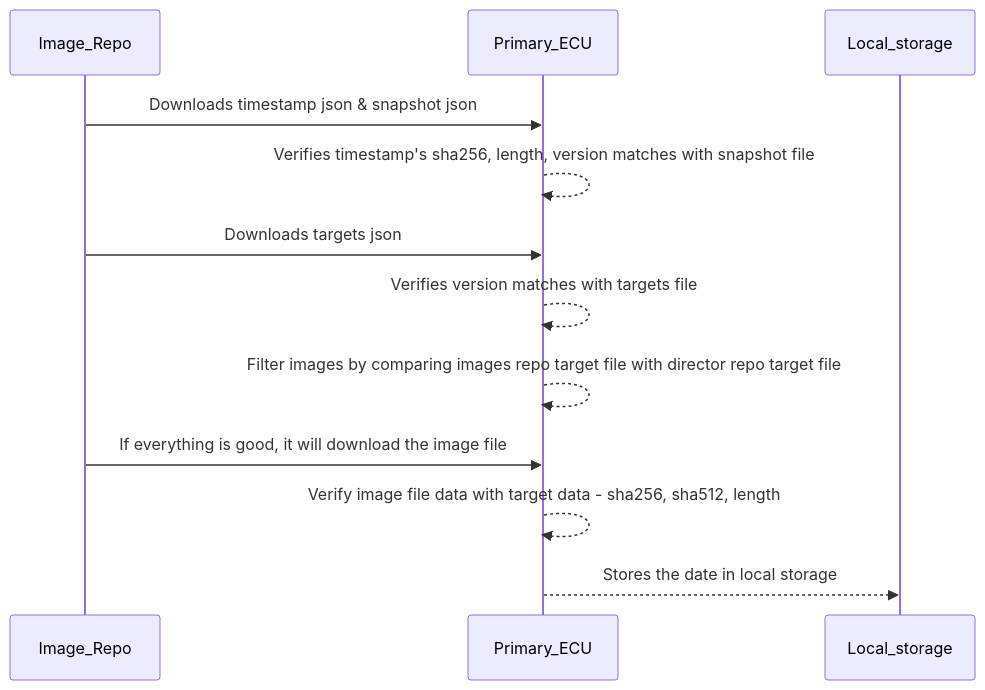
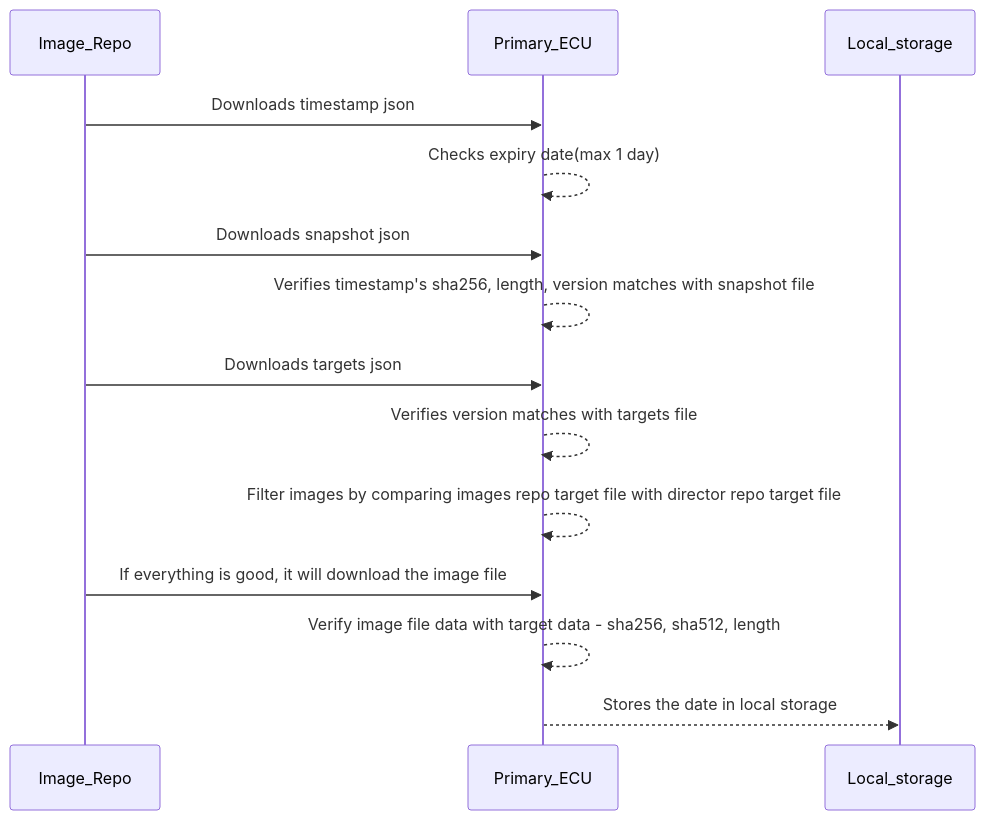
Before and after one commit to yokesharun/uptane: the fifth of 6 diagrams in uptane-workflows.md, drawn with Mermaid. The commit also changed other lines of this file, not shown here.

````diff
--- a/uptane-workflows.md
+++ b/uptane-workflows.md
@@ -43,11 +45,13 @@
 ```mermaid
 sequenceDiagram
-    Image_Repo->>Primary_ECU: Downloads timestamp json & snapshot json
+    Image_Repo->>Primary_ECU: Downloads timestamp json
+    Primary_ECU-->>Primary_ECU: Checks expiry date(max 1 day)
+    Image_Repo->>Primary_ECU: Downloads snapshot json
     Primary_ECU-->>Primary_ECU: Verifies timestamp's sha256, length, version matches with snapshot file
     Image_Repo->>Primary_ECU: Downloads targets json
     Primary_ECU-->>Primary_ECU: Verifies version matches with targets file
     Primary_ECU-->>Primary_ECU: Filter images by comparing images repo target file with director repo target file
     Image_Repo->>Primary_ECU: If everything is good, it will download the image file
     Primary_ECU-->>Primary_ECU: Verify image file data with target data - sha256, sha512, length
     Primary_ECU-->>Local_storage: Stores the date in local storage
 ```
````
